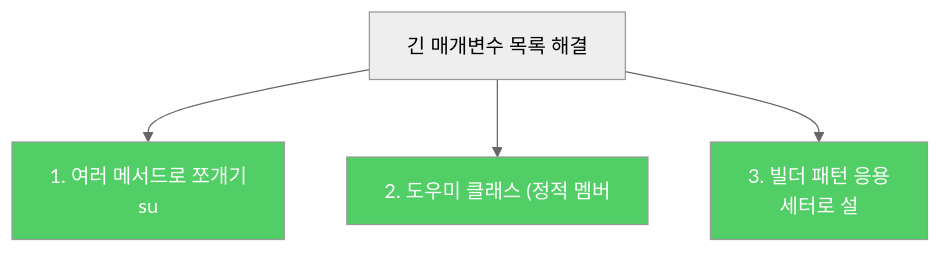
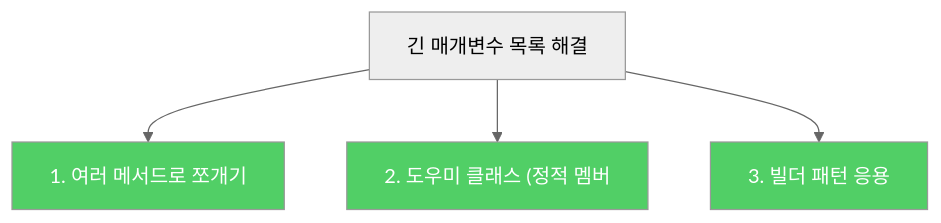
Before and after one commit to yjkim2015/yjkim2015.github.io: the diagram in _posts/java/2022-02-03-effective-java51.md, drawn with Mermaid (neutral theme). The commit also changed 217 other files, not shown here.

First line of the commit message:
Mermaid 크기 수정: useMaxWidth:true + SVG max-width:100% + 라벨 축소

````diff
--- a/_posts/java/2022-02-03-effective-java51.md
+++ b/_posts/java/2022-02-03-effective-java51.md
@@ -42,9 +42,9 @@
 ```mermaid
 graph TD
-    A["긴 매개변수 목록 해결"] --> B["1. 여러 메서드로 쪼개기\nsu"]
+    A["긴 매개변수 목록 해결"] --> B["1. 여러 메서드로 쪼개기"]
     A --> C["2. 도우미 클래스 (정적 멤버"]
-    A --> D["3. 빌더 패턴 응용\n세터로 설"]
+    A --> D["3. 빌더 패턴 응용"]
     style B fill:#51cf66,color:#fff
     style C fill:#51cf66,color:#fff
     style D fill:#51cf66,color:#fff
 ```
````
